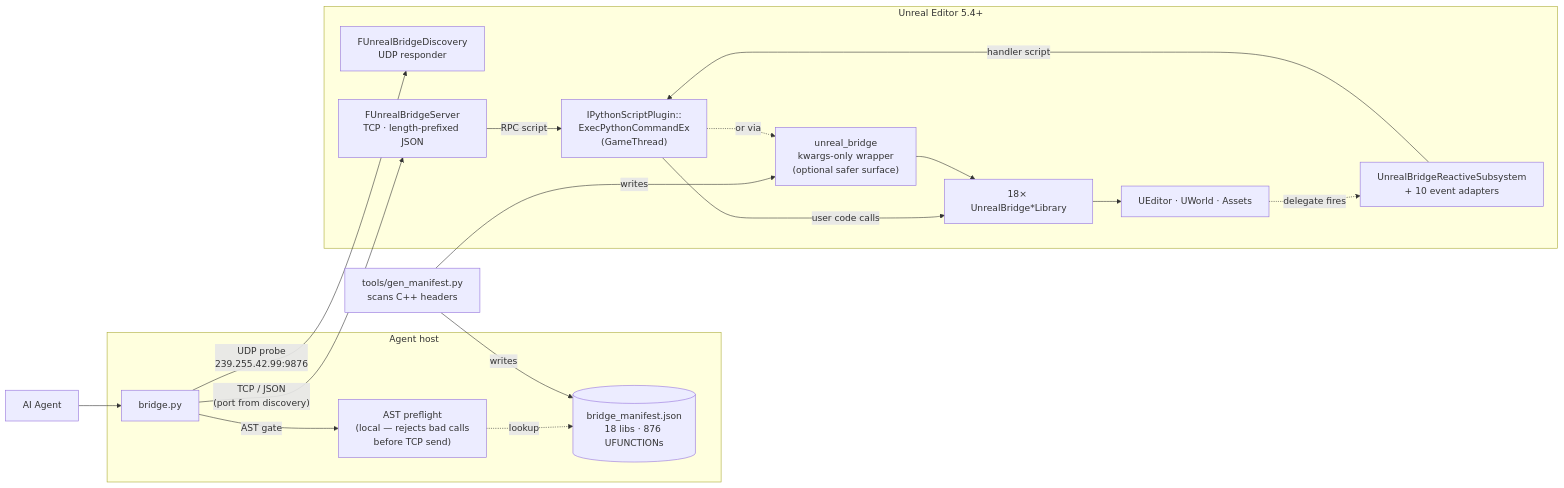
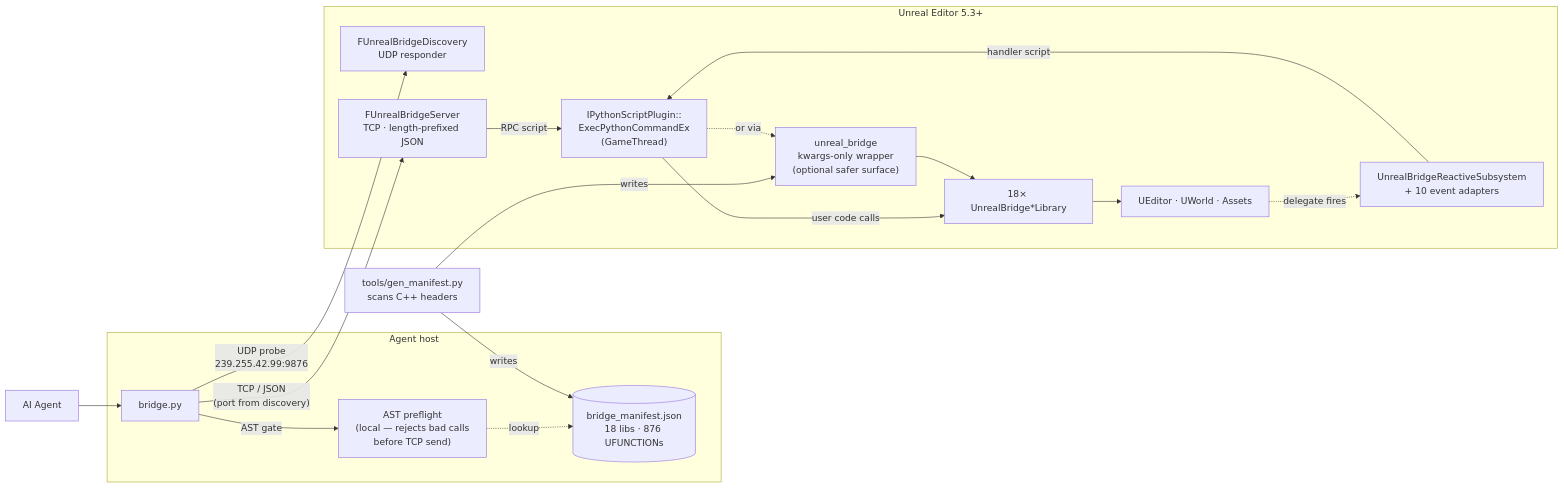
One commit to Jeffreytsai1004/UnrealBridge changed the diagram in README.md. Above: the diagram before and after it, drawn with Mermaid. The commit also changed other lines of this file and 3 other files, not shown here.

````diff
--- a/README.md
+++ b/README.md
@@ -41,40 +41,40 @@
 ```mermaid
 flowchart LR
     Agent["AI Agent"]
 
     subgraph Host["Agent host"]
       CLI["bridge.py"]
       Pre["AST preflight<br/>(local — rejects bad calls<br/>before TCP send)"]
       Mani[("bridge_manifest.json<br/>18 libs · 876 UFUNCTIONs")]
     end
 
     Gen["tools/gen_manifest.py<br/>scans C++ headers"]
 
-    subgraph UE["Unreal Editor 5.4+"]
+    subgraph UE["Unreal Editor 5.3+"]
       Disc["FUnrealBridgeDiscovery<br/>UDP responder"]
       Server["FUnrealBridgeServer<br/>TCP · length-prefixed JSON"]
       Reactive["UnrealBridgeReactiveSubsystem<br/>+ 10 event adapters"]
       Exec["IPythonScriptPlugin::<br/>ExecPythonCommandEx<br/>(GameThread)"]
       Wrap["unreal_bridge<br/>kwargs-only wrapper<br/>(optional safer surface)"]
       Libs["18× UnrealBridge*Library"]
       Engine["UEditor · UWorld · Assets"]
     end
 
     Agent --> CLI
     CLI -- "AST gate" --> Pre
     Pre -. "lookup" .-> Mani
 
     Gen -- "writes" --> Mani
     Gen -- "writes" --> Wrap
 
     CLI -- "UDP probe<br/>239.255.42.99:9876" --> Disc
     CLI -- "TCP / JSON<br/>(port from discovery)" --> Server
     Server -- "RPC script" --> Exec
     Engine -. "delegate fires" .-> Reactive
     Reactive -- "handler script" --> Exec
 
     Exec -- "user code calls" --> Libs
     Exec -. "or via" .-> Wrap
     Wrap --> Libs
     Libs --> Engine
 ```
````
